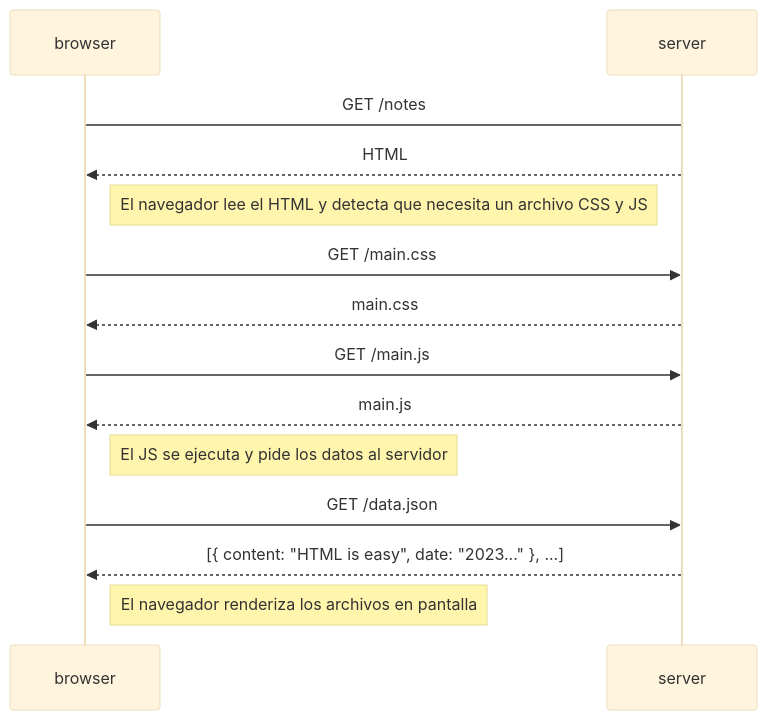
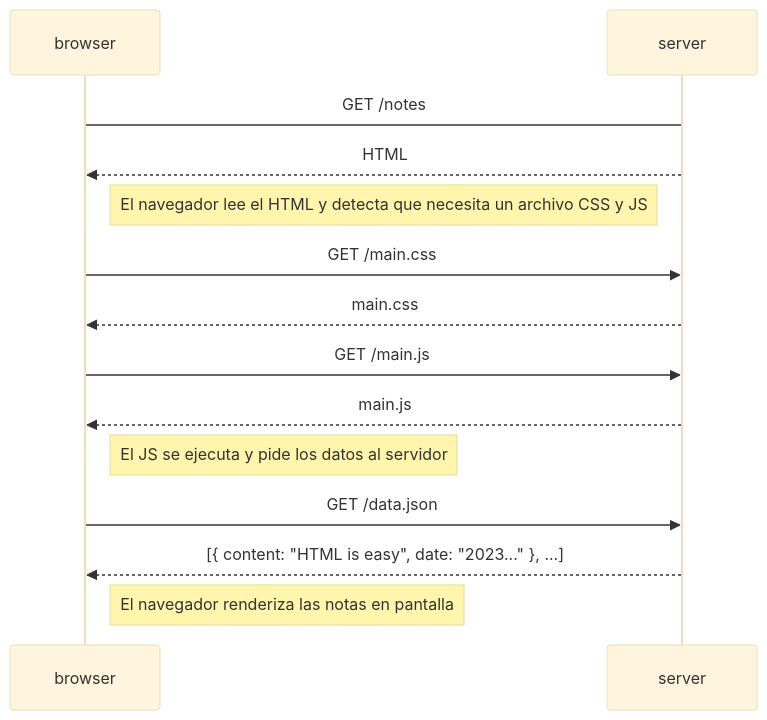
One commit to JoseCastellanoo/FullStackOpen changed the diagram in Part0/0.4.md. Above: the diagram before and after it, drawn with Mermaid (base theme).

Commit message:
Update note about browser rendering in 0.4.md

````diff
--- a/Part0/0.4.md
+++ b/Part0/0.4.md
@@ -2,23 +2,23 @@
 ```mermaid
 sequenceDiagram
   participant browser
   participant server
 
   browser->server: GET /notes
   server-->>browser: HTML
 
   Note right of browser: El navegador lee el HTML y detecta que necesita un archivo CSS y JS
 
   browser->>server: GET /main.css
   server-->>browser: main.css
 
   browser->>server: GET /main.js
   server-->>browser: main.js
 
   Note right of browser: El JS se ejecuta y pide los datos al servidor
 
   browser->>server: GET /data.json
   server-->>browser: [{ content: "HTML is easy", date: "2023..." }, ...]
 
-  Note right of browser: El navegador renderiza los archivos en pantalla
+  Note right of browser: El navegador renderiza las notas en pantalla
 ```
````
